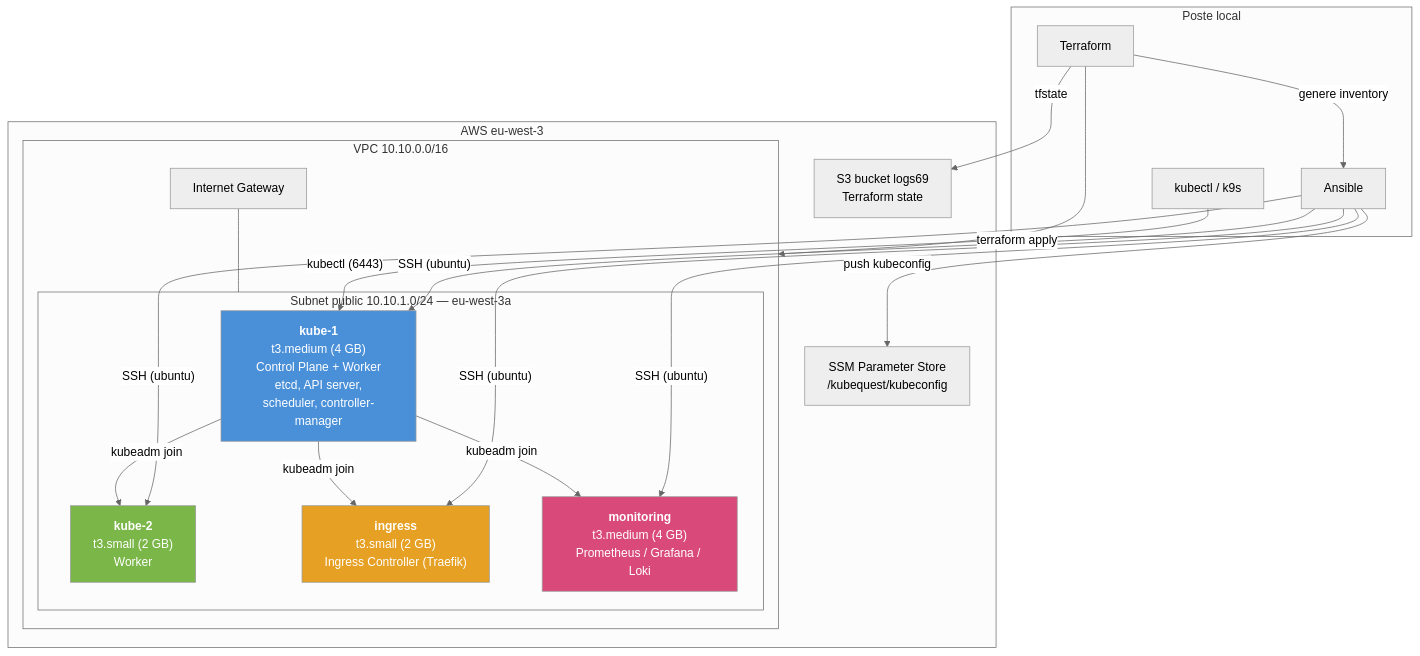
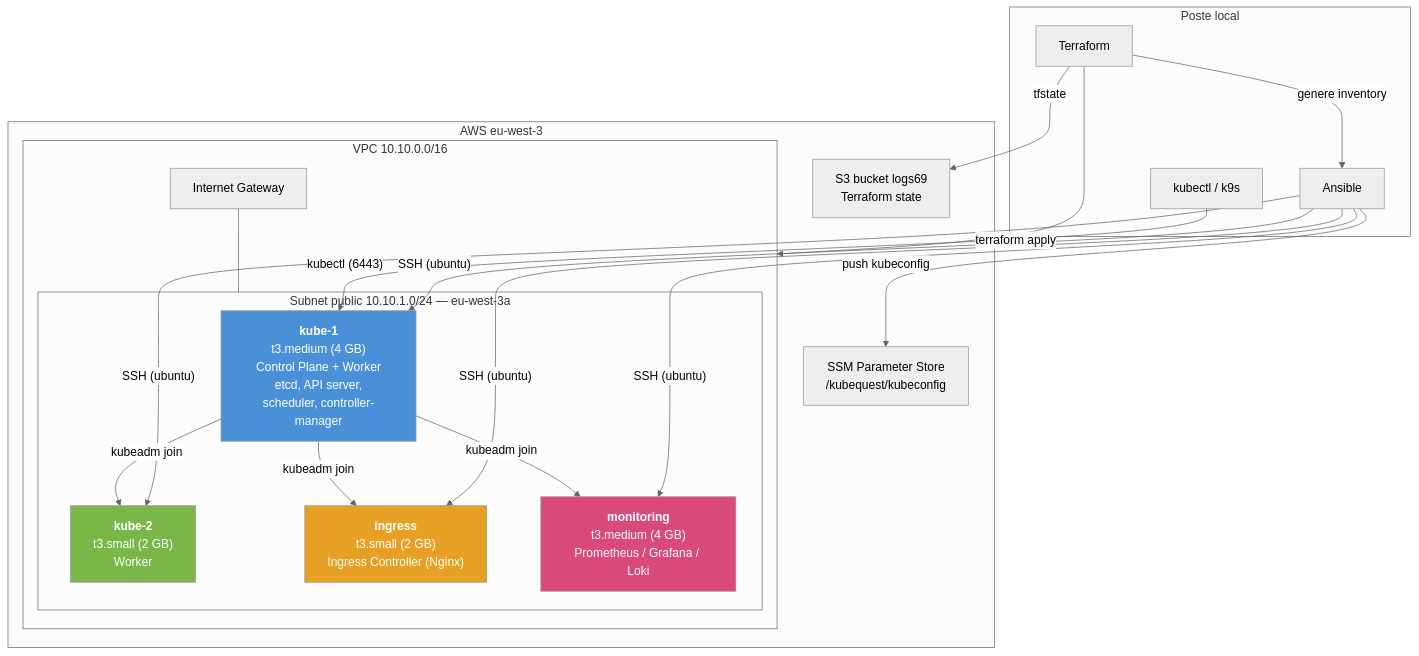
One commit to Glutenfree69/Cluster69 changed the first of 2 diagrams in README.md. Above: the diagram before and after it, drawn with Mermaid (neutral theme). The commit also changed other lines of this file and 3 other files, not shown here.

````diff
--- a/README.md
+++ b/README.md
@@ -20,43 +20,43 @@
 ```mermaid
 flowchart TB
     subgraph DEV["Poste local"]
         TF["Terraform"]
         AN["Ansible"]
         KC["kubectl / k9s"]
     end
 
     subgraph AWS["AWS eu-west-3"]
         subgraph VPC["VPC 10.10.0.0/16"]
             subgraph SUBNET["Subnet public 10.10.1.0/24 — eu-west-3a"]
                 K1["<b>kube-1</b><br/>t3.medium (4 GB)<br/>Control Plane + Worker<br/>etcd, API server,<br/>scheduler, controller-manager"]
                 K2["<b>kube-2</b><br/>t3.small (2 GB)<br/>Worker"]
-                IG["<b>ingress</b><br/>t3.small (2 GB)<br/>Ingress Controller (Traefik)"]
+                IG["<b>ingress</b><br/>t3.small (2 GB)<br/>Ingress Controller (Nginx)"]
                 MO["<b>monitoring</b><br/>t3.medium (4 GB)<br/>Prometheus / Grafana / Loki"]
             end
             IGW["Internet Gateway"]
         end
         SSM["SSM Parameter Store<br/>/kubequest/kubeconfig"]
         S3["S3 bucket logs69<br/>Terraform state"]
     end
 
     TF -- "terraform apply" --> VPC
     TF -- "tfstate" --> S3
     TF -- "genere inventory" --> AN
     AN -- "SSH (ubuntu)" --> K1
     AN -- "SSH (ubuntu)" --> K2
     AN -- "SSH (ubuntu)" --> IG
     AN -- "SSH (ubuntu)" --> MO
     AN -- "push kubeconfig" --> SSM
     KC -- "kubectl (6443)" --> K1
 
     K1 -- "kubeadm join" --> K2
     K1 -- "kubeadm join" --> IG
     K1 -- "kubeadm join" --> MO
 
     IGW --- SUBNET
 
     style K1 fill:#4a90d9,color:#fff
     style K2 fill:#7ab648,color:#fff
     style IG fill:#e6a023,color:#fff
     style MO fill:#d94a7a,color:#fff
 ```
````
